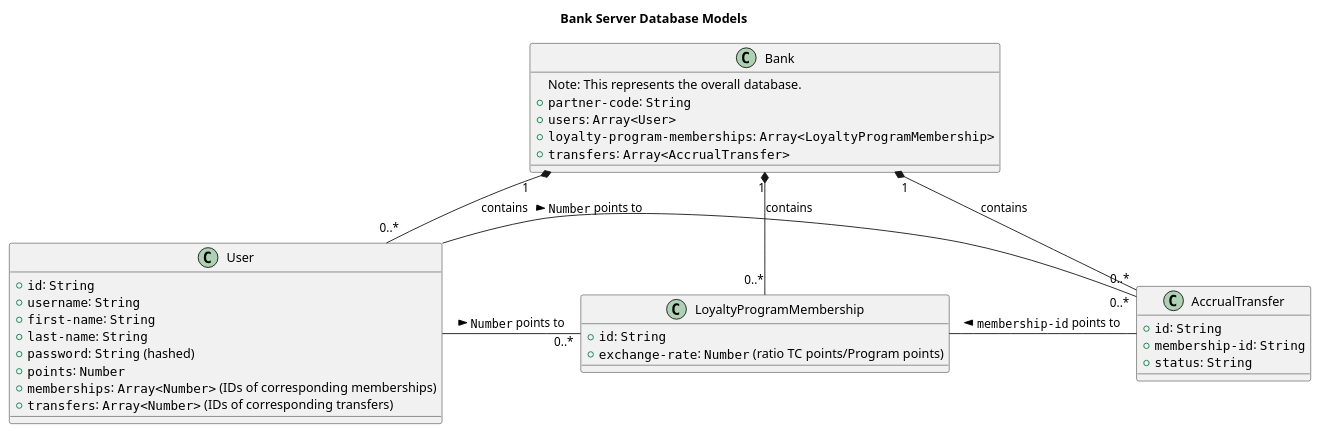
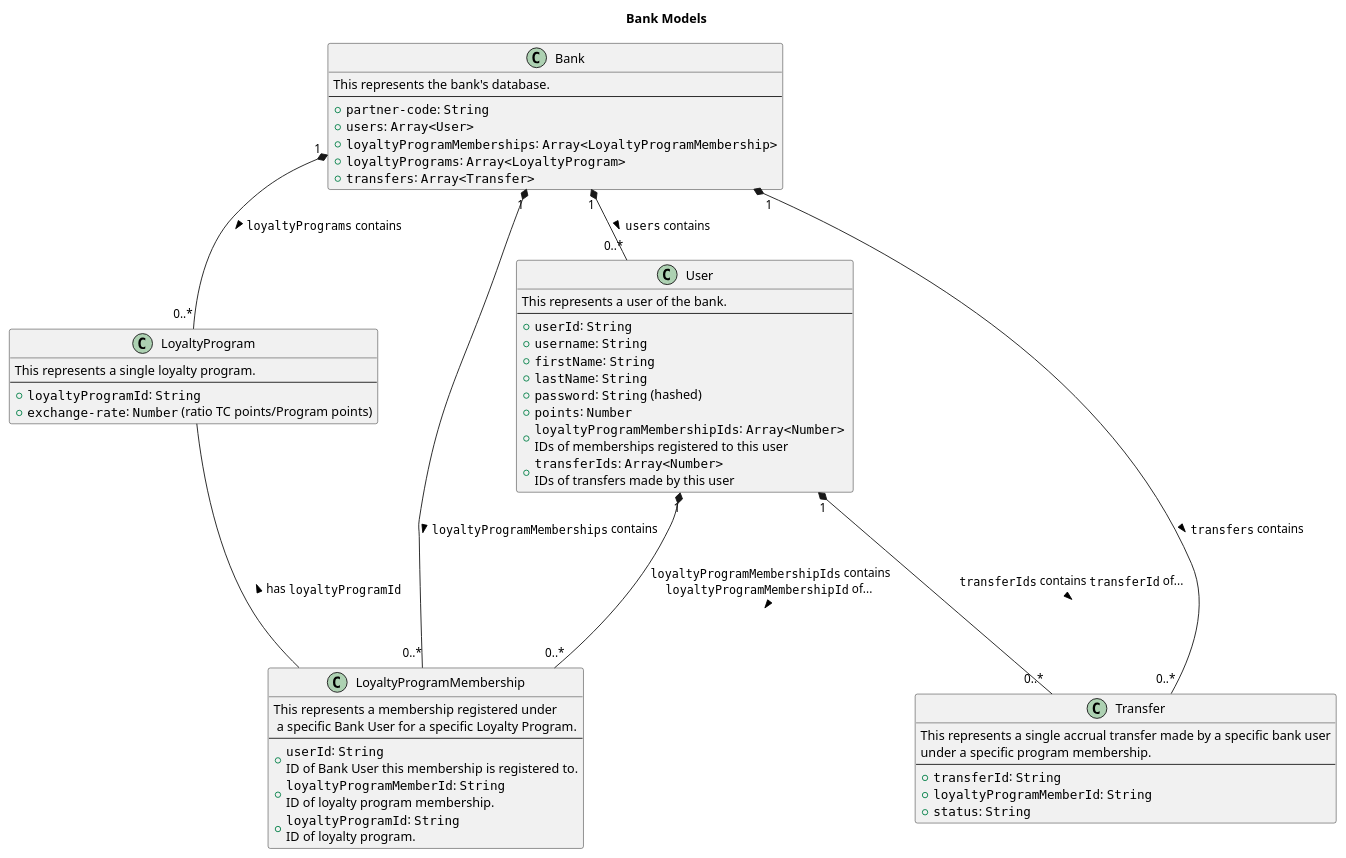
One commit to Rye123/esc-transferconnect changed the diagram in diagrams/bank/bank-class-diagram.puml. Above: the diagram before and after it, drawn with PlantUML. The commit also changed 3 other files, not shown here.

Commit message:
update: bank UML diagrams

```diff
--- a/diagrams/bank/bank-class-diagram.puml
+++ b/diagrams/bank/bank-class-diagram.puml
@@ -1,43 +1,61 @@
 @startuml Bank Class Diagram
 
-title "Bank Server Database Models"
+title "Bank Models"
 
 class Bank {
-    Note: This represents the overall database.
+    This represents the bank's database.
+    ---
     + ""partner-code"": ""String""
     + ""users"": ""Array<User>""
-    + ""loyalty-program-memberships"": ""Array<LoyaltyProgramMembership>""
-    + ""transfers"": ""Array<AccrualTransfer>""
+    + ""loyaltyProgramMemberships"": ""Array<LoyaltyProgramMembership>""
+    + ""loyaltyPrograms"": ""Array<LoyaltyProgram>""
+    + ""transfers"": ""Array<Transfer>""
 }
 
 class User {
-    + ""id"": ""String""
+    This represents a user of the bank.
+    ---
+    + ""userId"": ""String""
     + ""username"": ""String""
-    + ""first-name"": ""String""
-    + ""last-name"": ""String""
+    + ""firstName"": ""String""
+    + ""lastName"": ""String""
     + {field} ""password"": ""String"" (hashed)
     + ""points"": ""Number""
-    + {field} ""memberships"": ""Array<Number>"" (IDs of corresponding memberships)
-    + {field} ""transfers"": ""Array<Number>"" (IDs of corresponding transfers)
+    + {field} ""loyaltyProgramMembershipIds"": ""Array<Number>"" \nIDs of memberships registered to this user
+    + {field} ""transferIds"": ""Array<Number>"" \nIDs of transfers made by this user
+}
+
+class LoyaltyProgram {
+    This represents a single loyalty program.
+    ---
+    + ""loyaltyProgramId"": ""String""
+    + {field} ""exchange-rate"": ""Number"" (ratio TC points/Program points)
 }
 
 class LoyaltyProgramMembership {
-    + ""id"": ""String""
-    + {field} ""exchange-rate"": ""Number"" (ratio TC points/Program points)
+    This represents a membership registered under\n a specific Bank User for a specific Loyalty Program.
+    ---
+    + ""userId"": ""String""\nID of Bank User this membership is registered to.
+    + ""loyaltyProgramMemberId"": ""String""\nID of loyalty program membership.
+    + ""loyaltyProgramId"": ""String""\nID of loyalty program.
 }
 
-class AccrualTransfer {
-    + ""id"": ""String""
-    + ""membership-id"": ""String""
+class Transfer {
+    This represents a single accrual transfer made by a specific bank user\nunder a specific program membership.
+    ---
+    + ""transferId"": ""String""
+    + ""loyaltyProgramMemberId"": ""String""
     + ""status"": ""String""
 }
 
-Bank "1" *-- "0..*" User : contains
-Bank "1" *-- "0..*" LoyaltyProgramMembership : contains
-Bank "1" *-- "0..*" AccrualTransfer : contains
+Bank "1" *-- "0..*" User : ""users"" contains >
+Bank "1" *---- "0..*" LoyaltyProgramMembership : ""loyaltyProgramMemberships"" contains >
+Bank "1" *-- "0..*" Transfer : ""transfers"" contains >
+Bank "1" *-- "0..*" LoyaltyProgram : ""loyaltyPrograms"" contains >
 
-User  -right- "0..*" LoyaltyProgramMembership : ""Number"" points to >
-User  -right- "0..*" AccrualTransfer: ""Number"" points to >
-AccrualTransfer -left- LoyaltyProgramMembership: ""membership-id"" points to >
+User "1"*---"0..*" LoyaltyProgramMembership : ""loyaltyProgramMembershipIds"" contains\n""loyaltyProgramMembershipId"" of... \n >
+User "1"*---"0..*" Transfer : ""transferIds"" contains ""transferId"" of...\n >
+
+LoyaltyProgram --- LoyaltyProgramMembership : has ""loyaltyProgramId"" <
 
 @enduml
```
